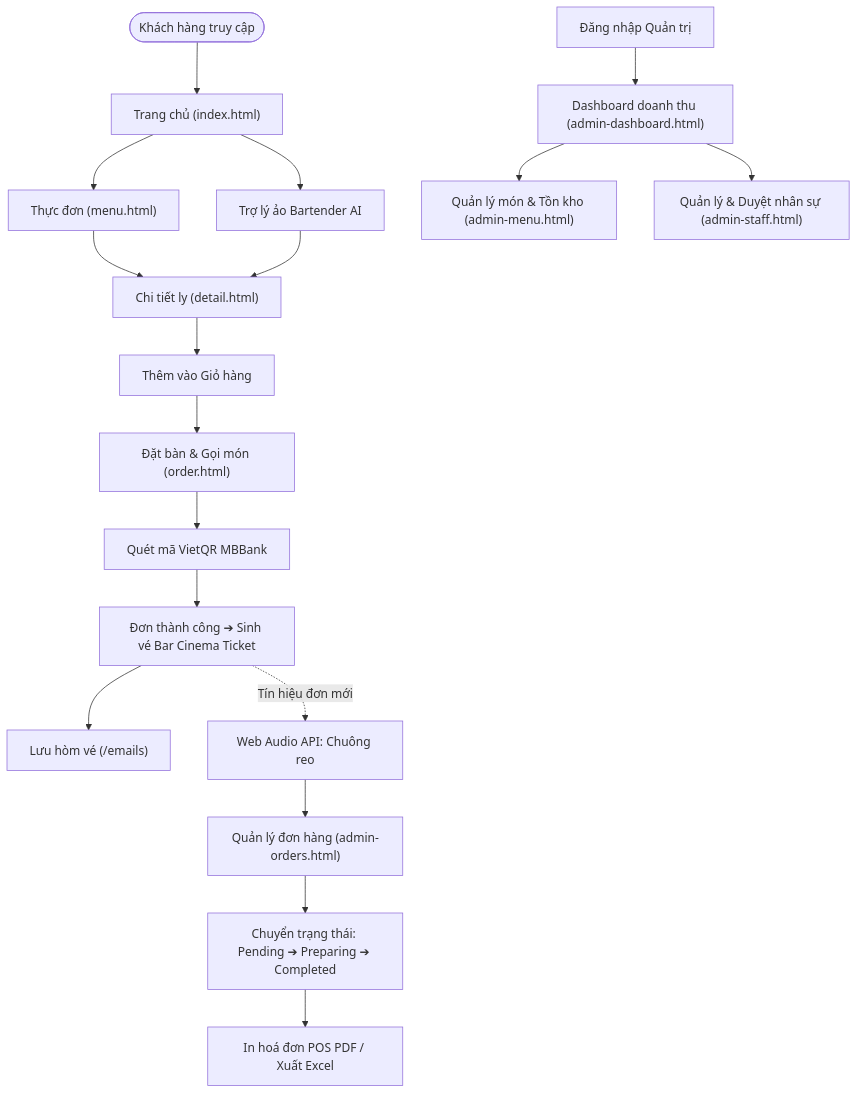
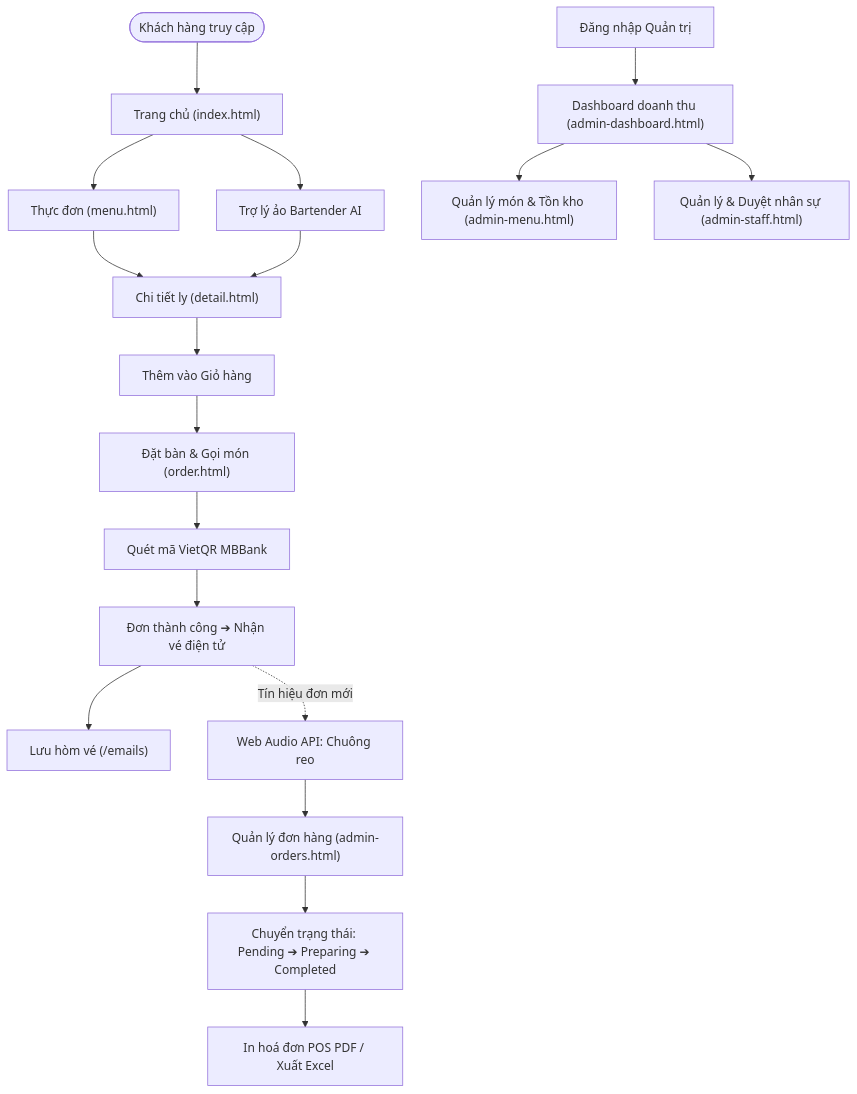
One commit to krvin2007/CocktailBar changed the first of 19 diagrams in workflow.md. Above: the diagram before and after it, drawn with Mermaid. The commit also changed other lines of this file and 1 other file, not shown here.

````diff
--- a/workflow.md
+++ b/workflow.md
@@ -36,28 +36,28 @@
 ```mermaid
 flowchart TD
     %% Khách hàng
     CustomerStart(["Khách hàng truy cập"]) --> HomePage["Trang chủ (index.html)"]
     HomePage --> MenuPage["Thực đơn (menu.html)"]
     MenuPage --> DetailPage["Chi tiết ly (detail.html)"]
     DetailPage --> CartAdd["Thêm vào Giỏ hàng"]
     CartAdd --> OrderPage["Đặt bàn & Gọi món (order.html)"]
     
     OrderPage --> VietQRModal["Quét mã VietQR MBBank"]
-    VietQRModal --> OrderSuccess["Đơn thành công ➔ Sinh vé Bar Cinema Ticket"]
+    VietQRModal --> OrderSuccess["Đơn thành công ➔ Nhận vé điện tử"]
     OrderSuccess --> EmailBox["Lưu hòm vé (/emails)"]
 
     %% Kênh tương tác tức thì
     HomePage --> ChatBot["Trợ lý ảo Bartender AI"]
     ChatBot --> DetailPage
 
     %% Kênh Quản trị viên
     OrderSuccess -.->|"Tín hiệu đơn mới"| WebAudio["Web Audio API: Chuông reo"]
     WebAudio --> AdminPOS["Quản lý đơn hàng (admin-orders.html)"]
     AdminPOS --> StateShift["Chuyển trạng thái: Pending ➔ Preparing ➔ Completed"]
     StateShift --> PrintBill["In hoá đơn POS PDF / Xuất Excel"]
     
     %% Quản lý tổng thể
     AdminAuth["Đăng nhập Quản trị"] --> AdminDash["Dashboard doanh thu (admin-dashboard.html)"]
     AdminDash --> AdminMenu["Quản lý món & Tồn kho (admin-menu.html)"]
     AdminDash --> AdminStaff["Quản lý & Duyệt nhân sự (admin-staff.html)"]
 ```
````
